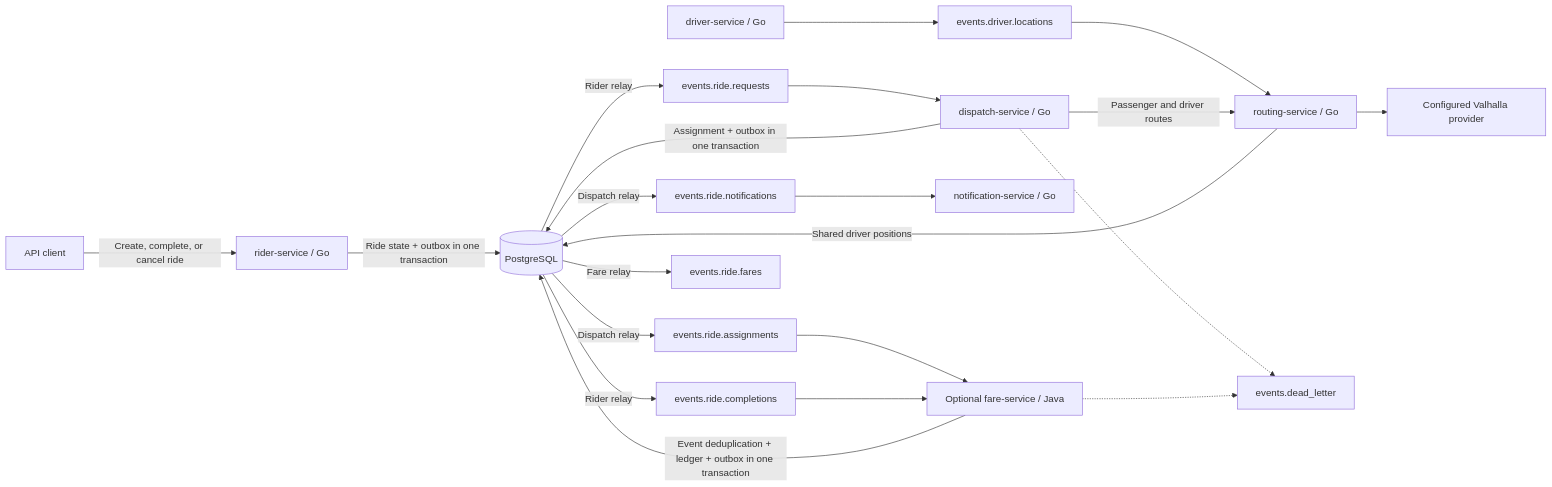
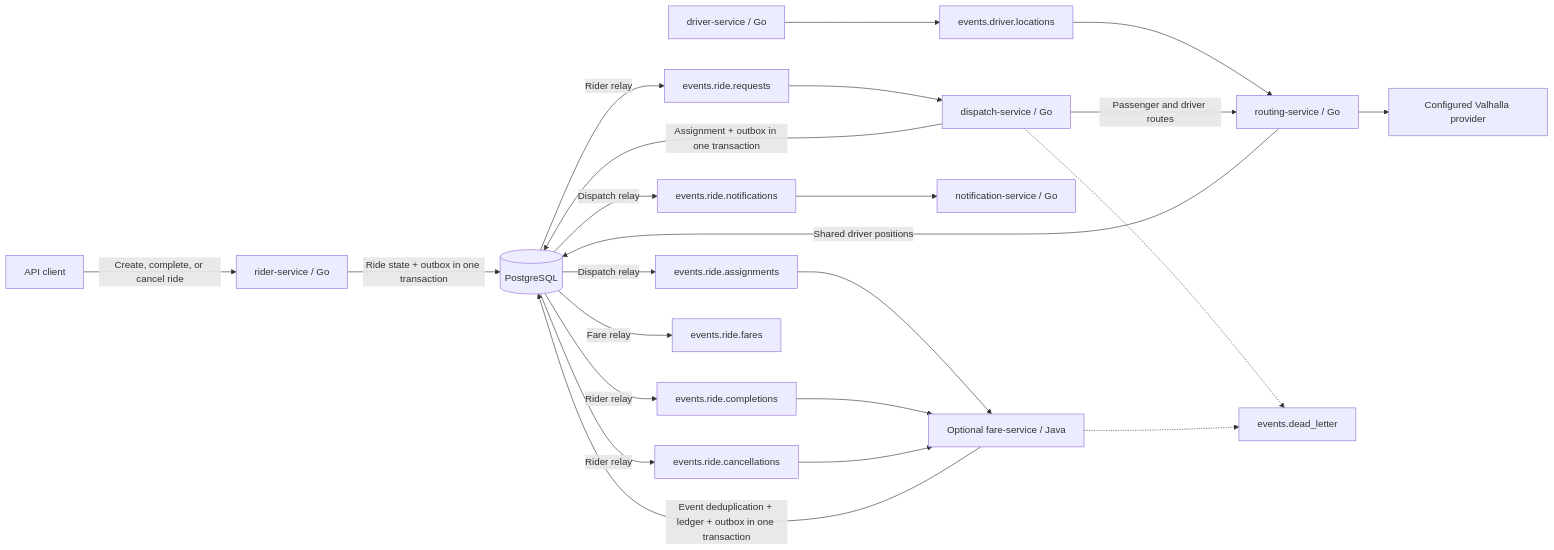
Before and after one commit to 96528025/MetroRide: the diagram in README.md, drawn with Mermaid. The commit also changed other lines of this file and 7 other files, not shown here.

````diff
--- a/README.md
+++ b/README.md
@@ -66,23 +66,25 @@
 ```mermaid
 flowchart LR
     C[API client] -->|Create, complete, or cancel ride| Rider[rider-service / Go]
     Rider -->|Ride state + outbox in one transaction| DB[(PostgreSQL)]
     DB -->|Rider relay| Requests[events.ride.requests]
     Requests --> Dispatch[dispatch-service / Go]
     Driver[driver-service / Go] --> Locations[events.driver.locations]
     Locations --> Routing[routing-service / Go]
     Routing -->|Shared driver positions| DB
     Routing --> Provider[Configured Valhalla provider]
     Dispatch -->|Passenger and driver routes| Routing
     Dispatch -->|Assignment + outbox in one transaction| DB
     DB -->|Dispatch relay| Assignments[events.ride.assignments]
     DB -->|Dispatch relay| Notifications[events.ride.notifications]
     Notifications --> Notify[notification-service / Go]
     DB -->|Rider relay| Completions[events.ride.completions]
     Assignments --> Fare[Optional fare-service / Java]
     Completions --> Fare
+    DB -->|Rider relay| Cancellations[events.ride.cancellations]
+    Cancellations --> Fare
     Fare -->|Event deduplication + ledger + outbox in one transaction| DB
     DB -->|Fare relay| Fares[events.ride.fares]
     Dispatch -.-> DLQ[events.dead_letter]
     Fare -.-> DLQ
 ```
````
